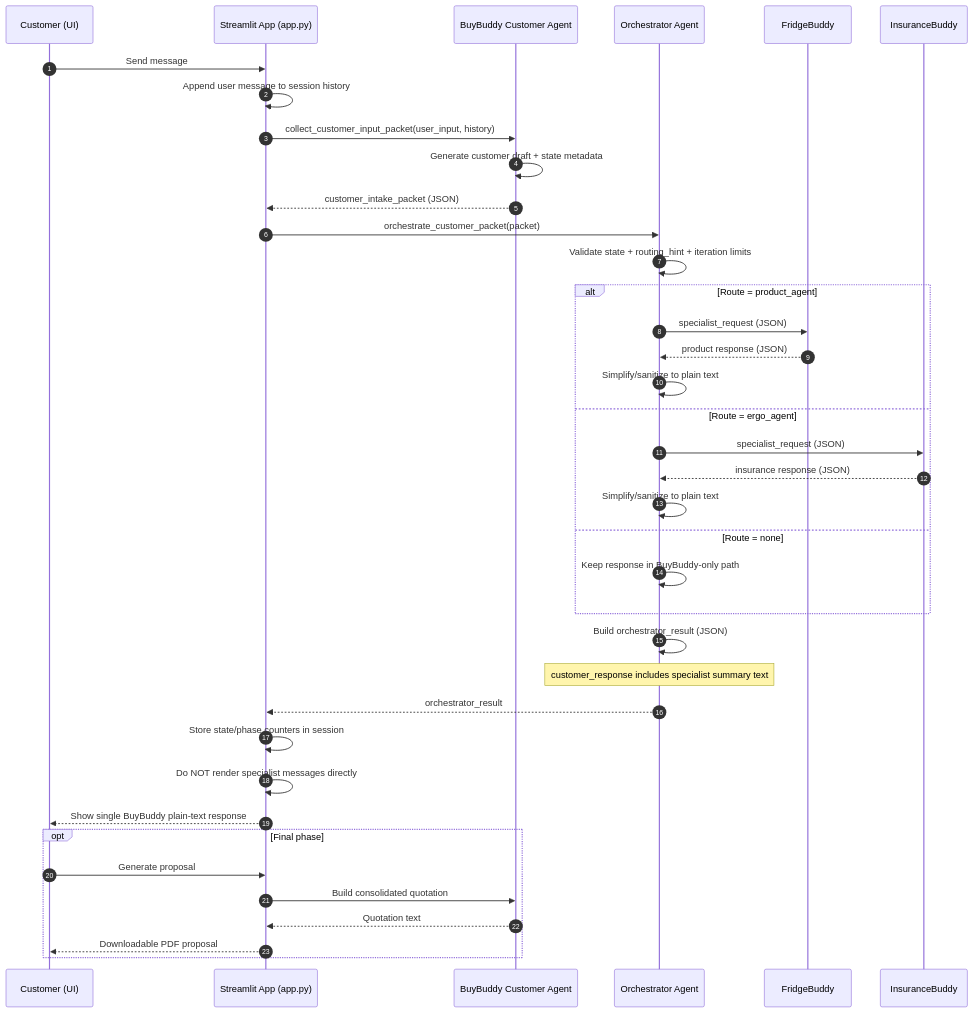
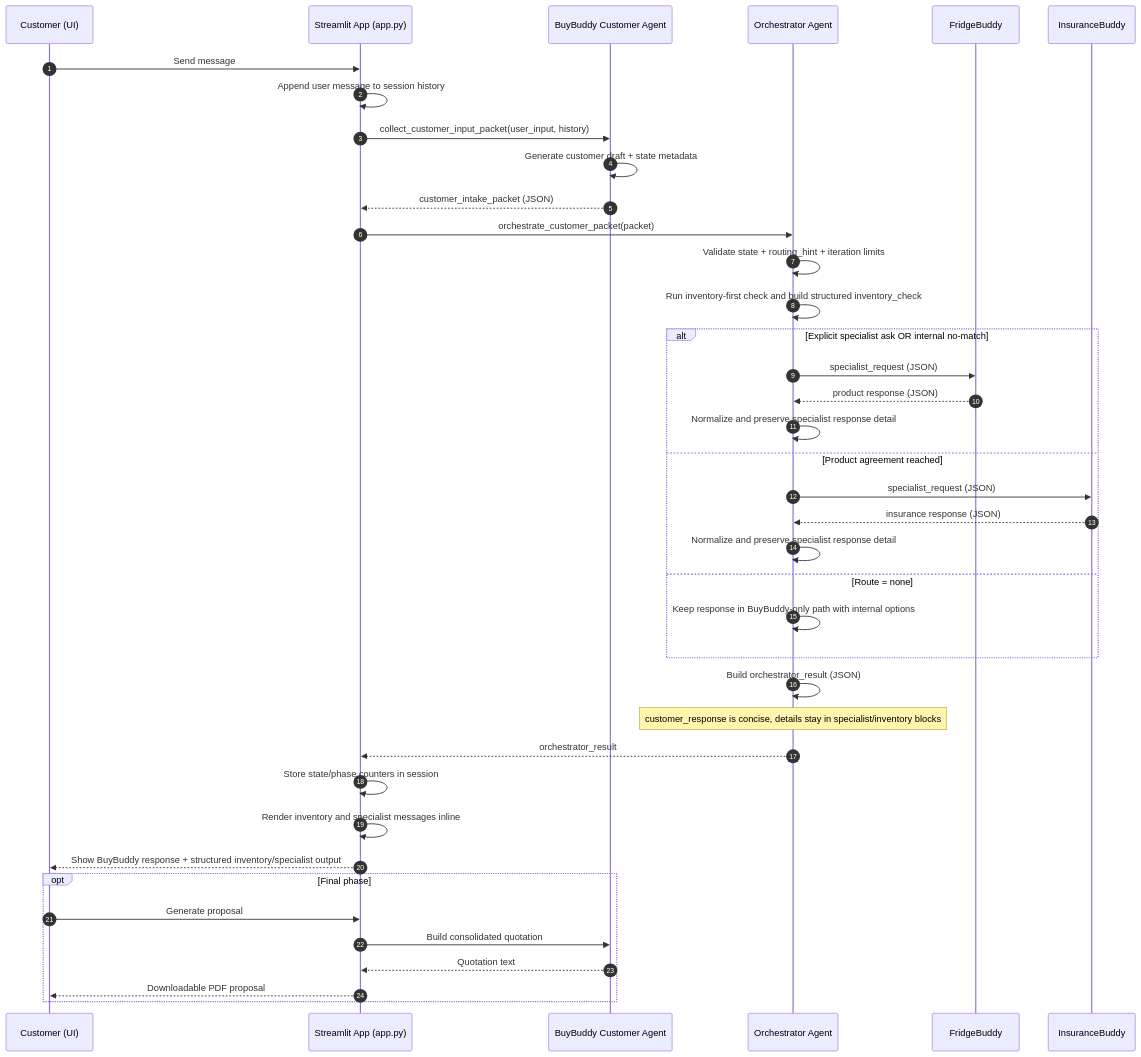
The diagram in artifacts/buybuddy-end-to-end-flow.mmd (an-amateur-person/Agentic-AI-Innovation), drawn with Mermaid before and after one commit. The commit also changed 1 other file, not shown here.

Commit message:
Update README and flow for inventory-first prompt-driven behavior

```diff
--- a/artifacts/buybuddy-end-to-end-flow.mmd
+++ b/artifacts/buybuddy-end-to-end-flow.mmd
@@ -1,45 +1,46 @@
 sequenceDiagram
     autonumber
     participant U as Customer (UI)
     participant A as Streamlit App (app.py)
     participant B as BuyBuddy Customer Agent
     participant O as Orchestrator Agent
     participant P as FridgeBuddy
     participant I as InsuranceBuddy
 
     U->>A: Send message
     A->>A: Append user message to session history
 
     A->>B: collect_customer_input_packet(user_input, history)
     B->>B: Generate customer draft + state metadata
     B-->>A: customer_intake_packet (JSON)
 
     A->>O: orchestrate_customer_packet(packet)
     O->>O: Validate state + routing_hint + iteration limits
+    O->>O: Run inventory-first check and build structured inventory_check
 
-    alt Route = product_agent
+    alt Explicit specialist ask OR internal no-match
         O->>P: specialist_request (JSON)
         P-->>O: product response (JSON)
-        O->>O: Simplify/sanitize to plain text
-    else Route = ergo_agent
+        O->>O: Normalize and preserve specialist response detail
+    else Product agreement reached
         O->>I: specialist_request (JSON)
         I-->>O: insurance response (JSON)
-        O->>O: Simplify/sanitize to plain text
+        O->>O: Normalize and preserve specialist response detail
     else Route = none
-        O->>O: Keep response in BuyBuddy-only path
+        O->>O: Keep response in BuyBuddy-only path with internal options
     end
 
     O->>O: Build orchestrator_result (JSON)
-    Note over O: customer_response includes specialist summary text
+    Note over O: customer_response is concise, details stay in specialist/inventory blocks
     O-->>A: orchestrator_result
 
     A->>A: Store state/phase counters in session
-    A->>A: Do NOT render specialist messages directly
-    A-->>U: Show single BuyBuddy plain-text response
+    A->>A: Render inventory and specialist messages inline
+    A-->>U: Show BuyBuddy response + structured inventory/specialist output
 
     opt Final phase
         U->>A: Generate proposal
         A->>B: Build consolidated quotation
         B-->>A: Quotation text
         A-->>U: Downloadable PDF proposal
     end
```
